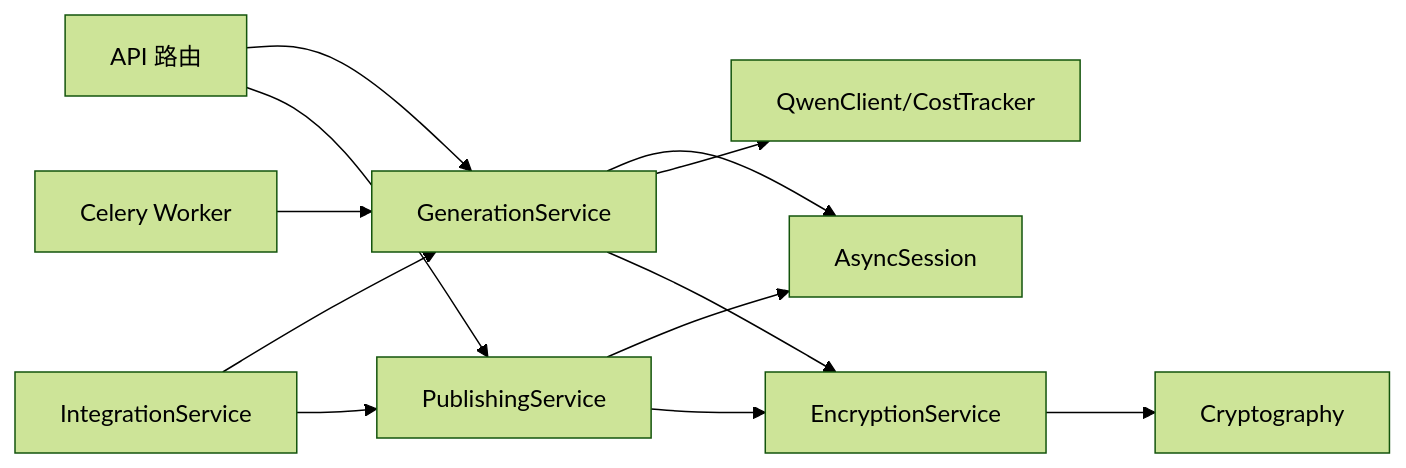
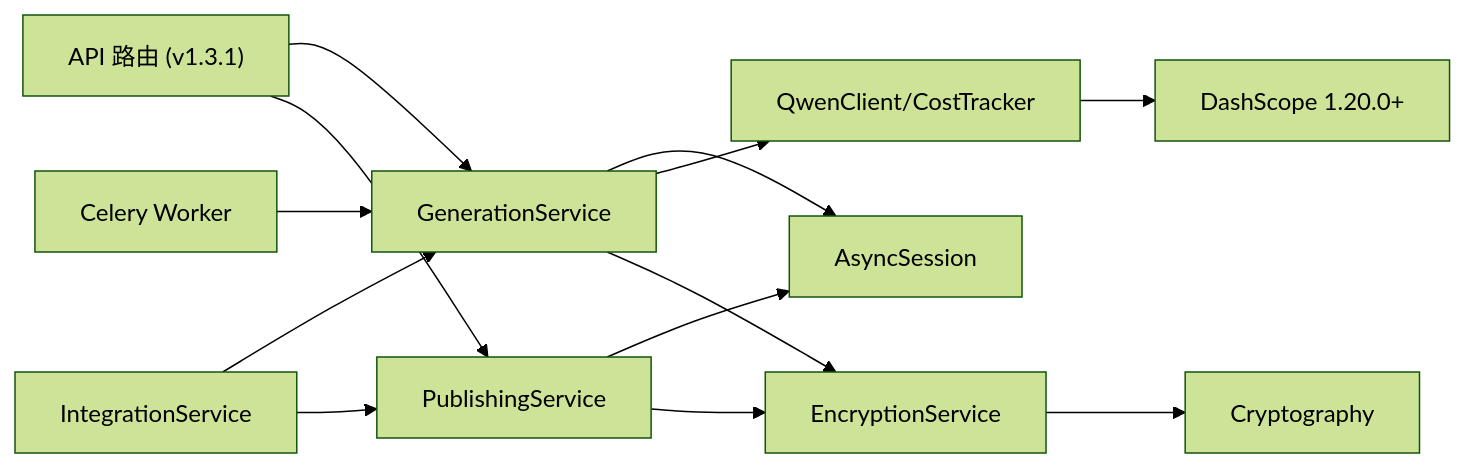
Before and after one commit to xfbyxq/ai-novel-system: the tenth of 10 diagrams in .qoder/repowiki/zh/content/后端架构/后端架构.md, drawn with Mermaid (forest theme). The commit also changed other lines of this file and 14 other files, not shown here.

````diff
--- a/.qoder/repowiki/zh/content/后端架构/后端架构.md
+++ b/.qoder/repowiki/zh/content/后端架构/后端架构.md
@@ -505,14 +541,15 @@
 ```mermaid
 graph LR
-API["API 路由"] --> SGen["GenerationService"]
+API["API 路由 (v1.3.1)"] --> SGen["GenerationService"]
 API --> SPub["PublishingService"]
 SInt["IntegrationService"] --> SGen
 SInt --> SPub
 SGen --> DB["AsyncSession"]
 SPub --> DB
 SGen --> LLM["QwenClient/CostTracker"]
 SGen --> Enc["EncryptionService"]
 SPub --> Enc
 Celery["Celery Worker"] --> SGen
 Enc --> Crypto["Cryptography"]
+LLM --> DashScope["DashScope 1.20.0+"]
 ```
````
